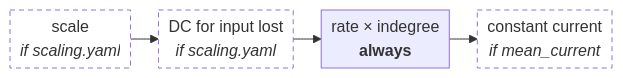
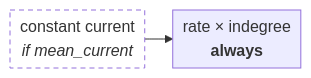
Before and after one commit to shimoura/microcircuit-lab: the second of 3 diagrams in docs/workflow.md, drawn with Mermaid. The commit also changed other lines of this file and 61 other files, not shown here.

Commit message:
scaling writes a network folder (scale_network, write_network); nothing is scaled at run time

````diff
--- a/docs/workflow.md
+++ b/docs/workflow.md
@@ -46,6 +46,6 @@
 ```mermaid
 %%{init: {"flowchart": {"rankSpacing": 28, "nodeSpacing": 15, "padding": 5}}}%%
 flowchart LR
-  K["scale<br/><i>if scaling.yaml</i>"]:::opt --> D["DC for input lost<br/><i>if scaling.yaml</i>"]:::opt --> R["rate × indegree<br/><b>always</b>"] --> M["constant current<br/><i>if mean_current</i>"]:::opt
+  M["constant current<br/><i>if mean_current</i>"]:::opt --> R["rate × indegree<br/><b>always</b>"]
   classDef opt stroke-dasharray: 5 4,fill:#ffffff
 ```
````
